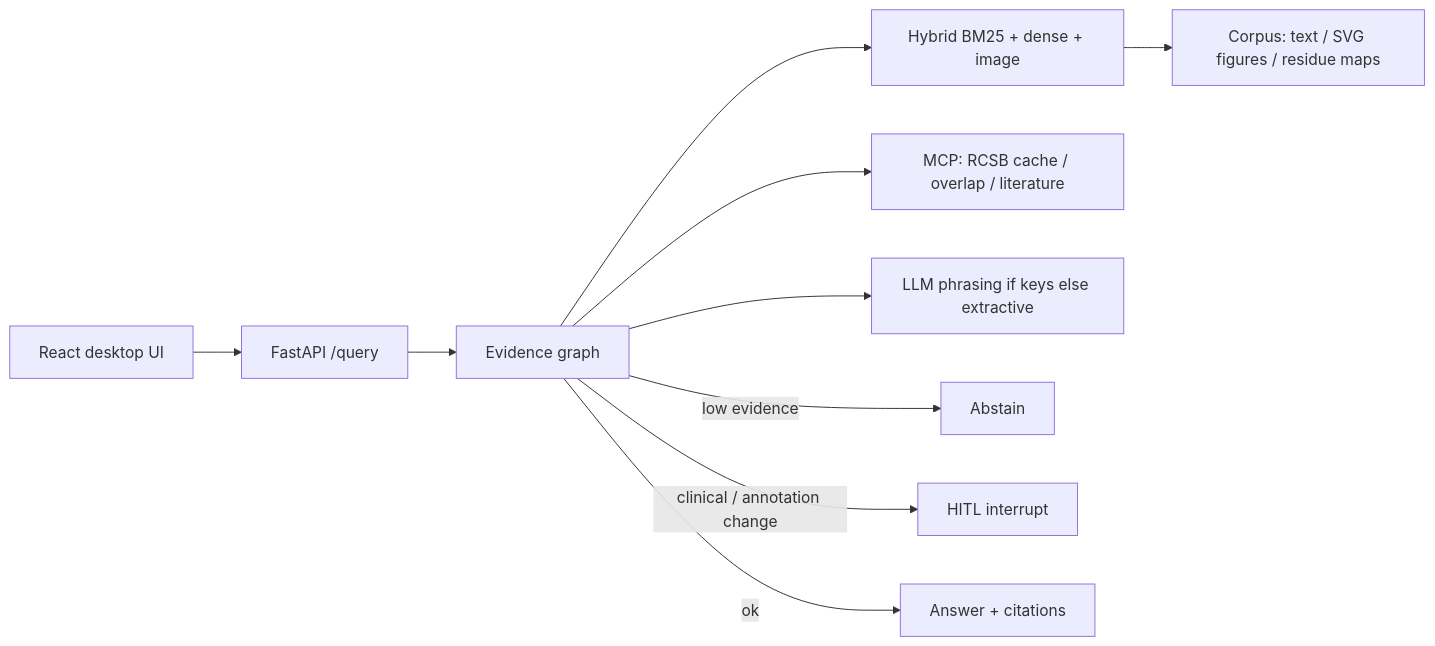
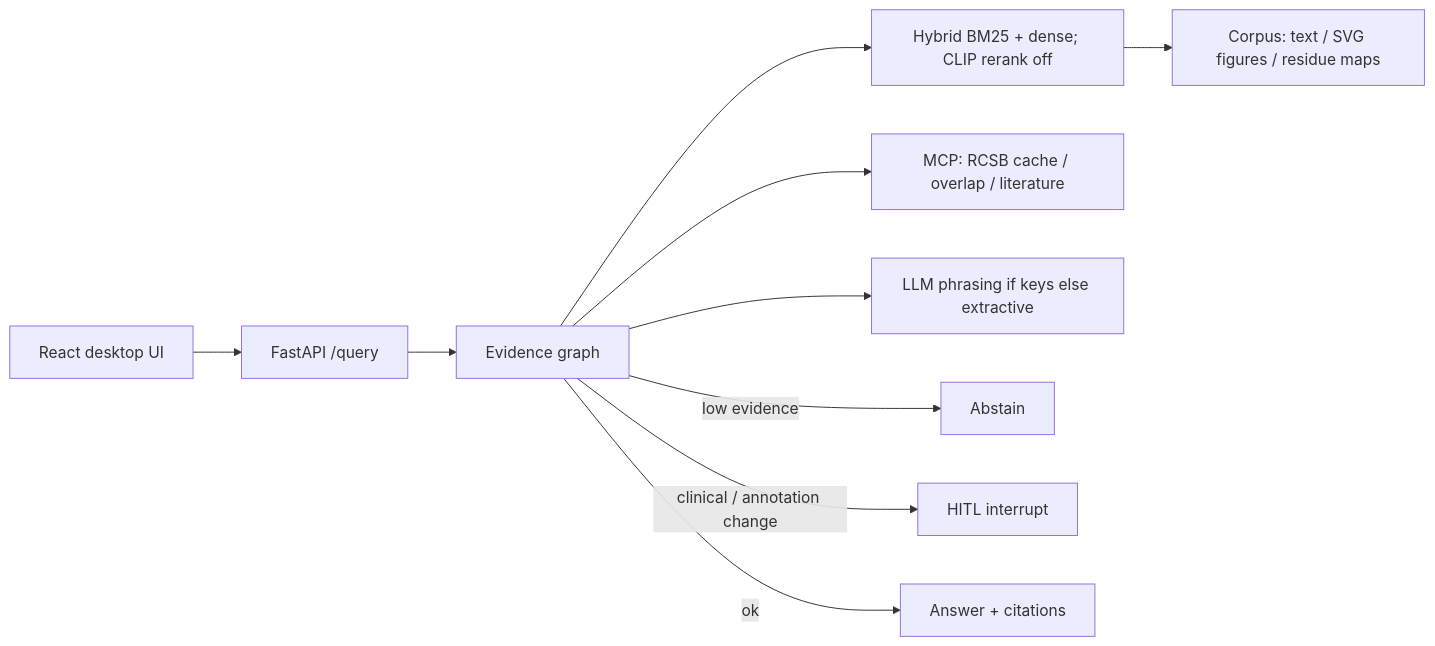
One commit to yinli-systems/antibody-antigen-interface-research changed the diagram in abcite/README.md. Above: the diagram before and after it, drawn with Mermaid. The commit also changed other lines of this file and 22 other files, not shown here.

First line of the commit message:
Report 16k held-out caption retrieval with CLIP fusion and rerank off.

````diff
--- a/abcite/README.md
+++ b/abcite/README.md
@@ -15,12 +15,12 @@
 ```mermaid
 flowchart LR
   UI[React desktop UI] --> API[FastAPI /query]
   API --> G[Evidence graph]
-  G --> R[Hybrid BM25 + dense + image]
+  G --> R[Hybrid BM25 + dense; CLIP rerank off]
   G --> T[MCP: RCSB cache / overlap / literature]
   G --> L[LLM phrasing if keys else extractive]
   R --> C[Corpus: text / SVG figures / residue maps]
   G -->|low evidence| A[Abstain]
   G -->|clinical / annotation change| H[HITL interrupt]
   G -->|ok| ANS[Answer + citations]
 ```
````
